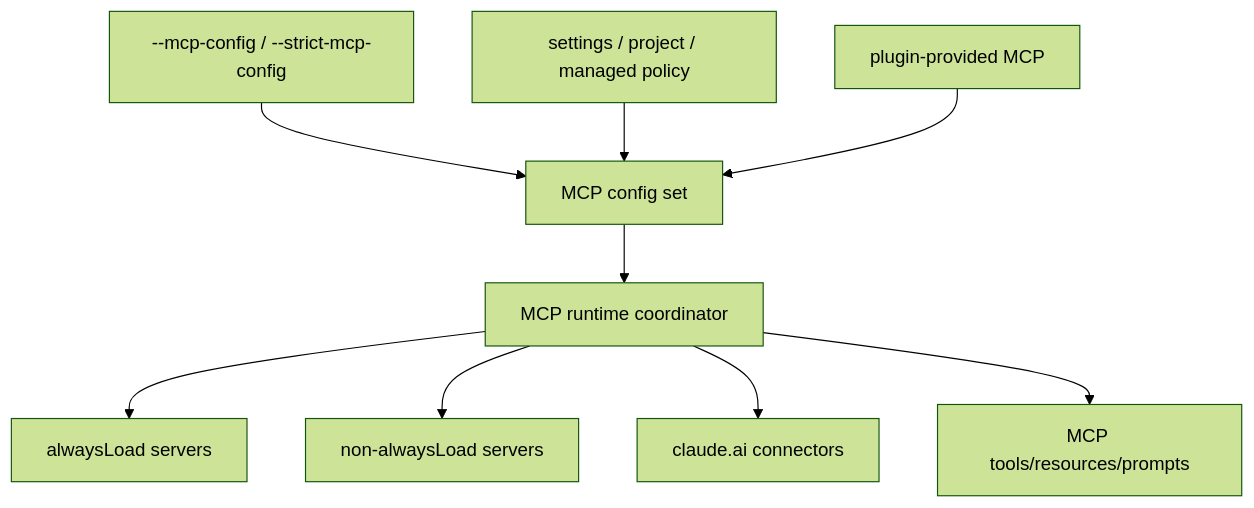
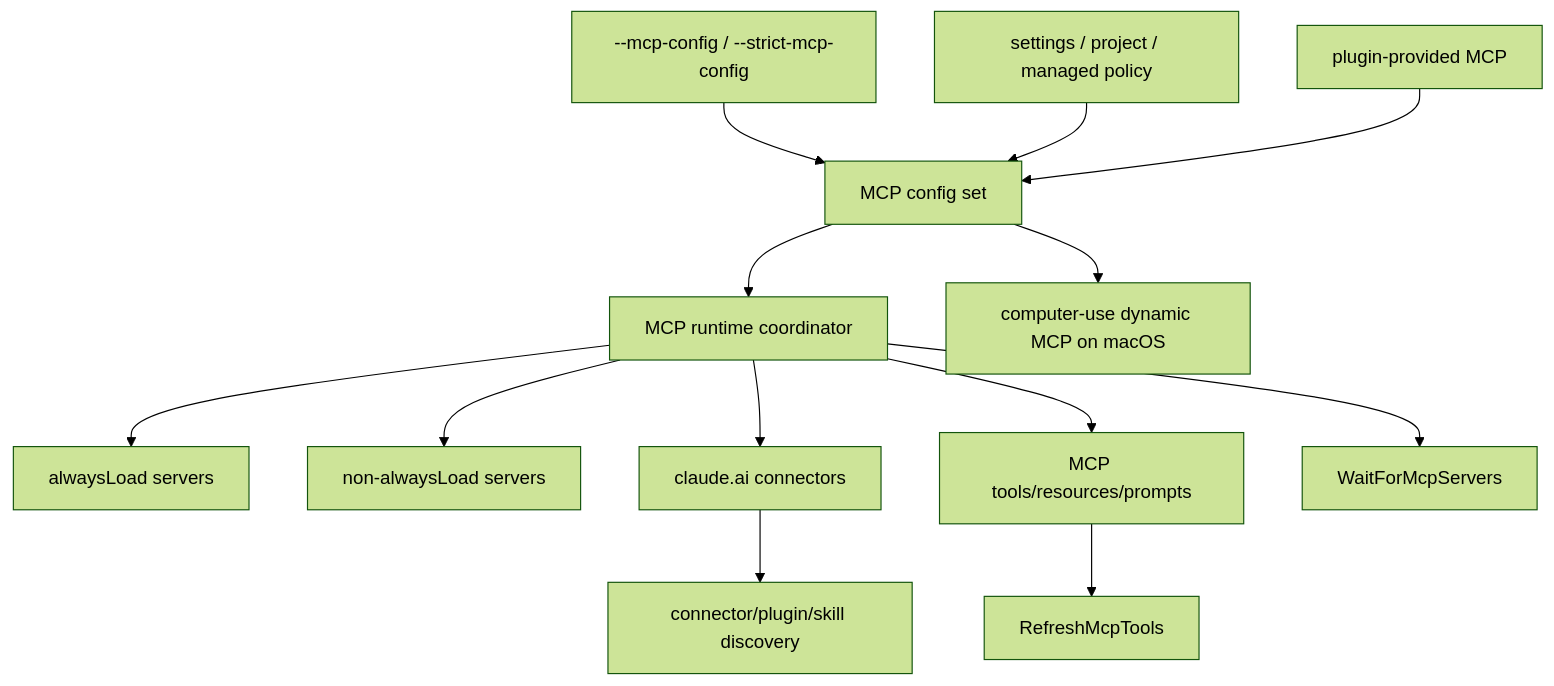
One commit to vibewatch/claude-code-internals changed the first of 4 diagrams in docs/03-tools-integrations-security/mcp-plugins-hooks.md. Above: the diagram before and after it, drawn with Mermaid (forest theme). The commit also changed other lines of this file and 24 other files, not shown here.

````diff
--- a/docs/03-tools-integrations-security/mcp-plugins-hooks.md
+++ b/docs/03-tools-integrations-security/mcp-plugins-hooks.md
@@ -53,11 +59,15 @@
 ```mermaid
 flowchart TD
     Flags[--mcp-config / --strict-mcp-config] --> Config[MCP config set]
     Settings[settings / project / managed policy] --> Config
     Plugins[plugin-provided MCP] --> Config
     Config --> Coordinator[MCP runtime coordinator]
     Coordinator --> Always[alwaysLoad servers]
     Coordinator --> Deferred[non-alwaysLoad servers]
     Coordinator --> ClaudeAi[claude.ai connectors]
     Coordinator --> Tools[MCP tools/resources/prompts]
+    Coordinator --> Pending[WaitForMcpServers]
+    Tools --> Refresh[RefreshMcpTools]
+    ClaudeAi --> Discovery[connector/plugin/skill discovery]
+    Config --> Computer[computer-use dynamic MCP on macOS]
 ```
````
